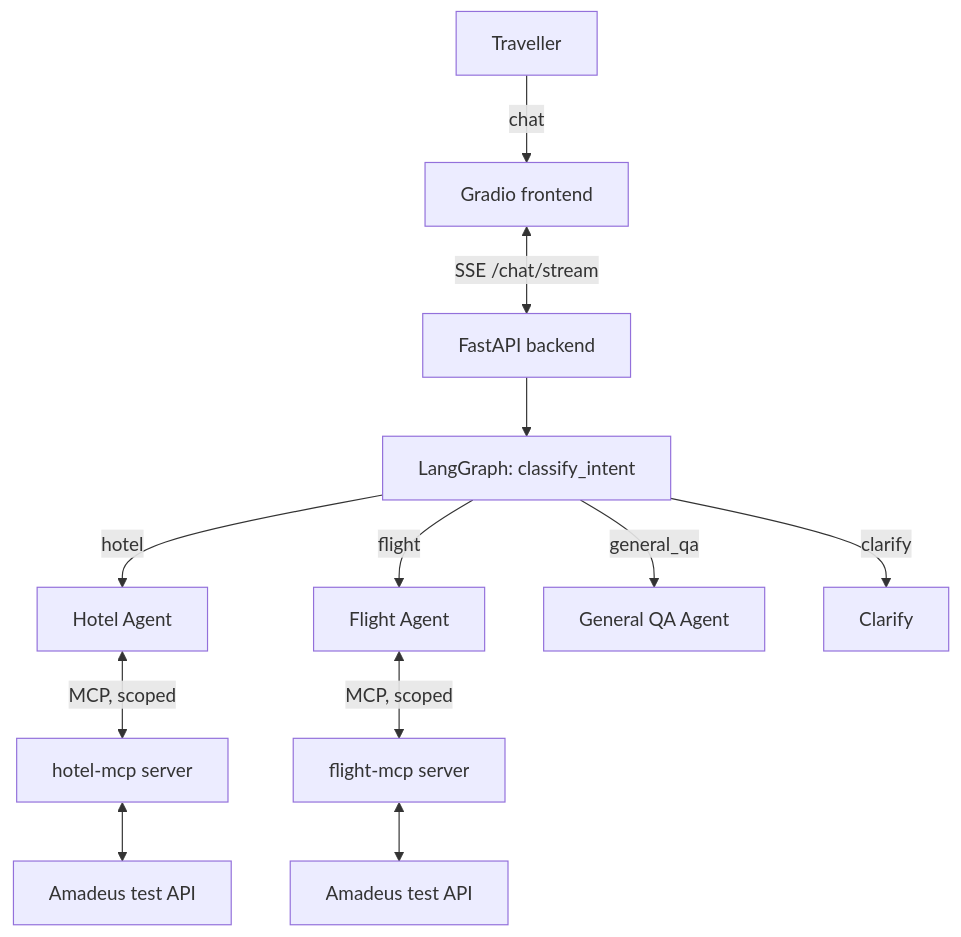
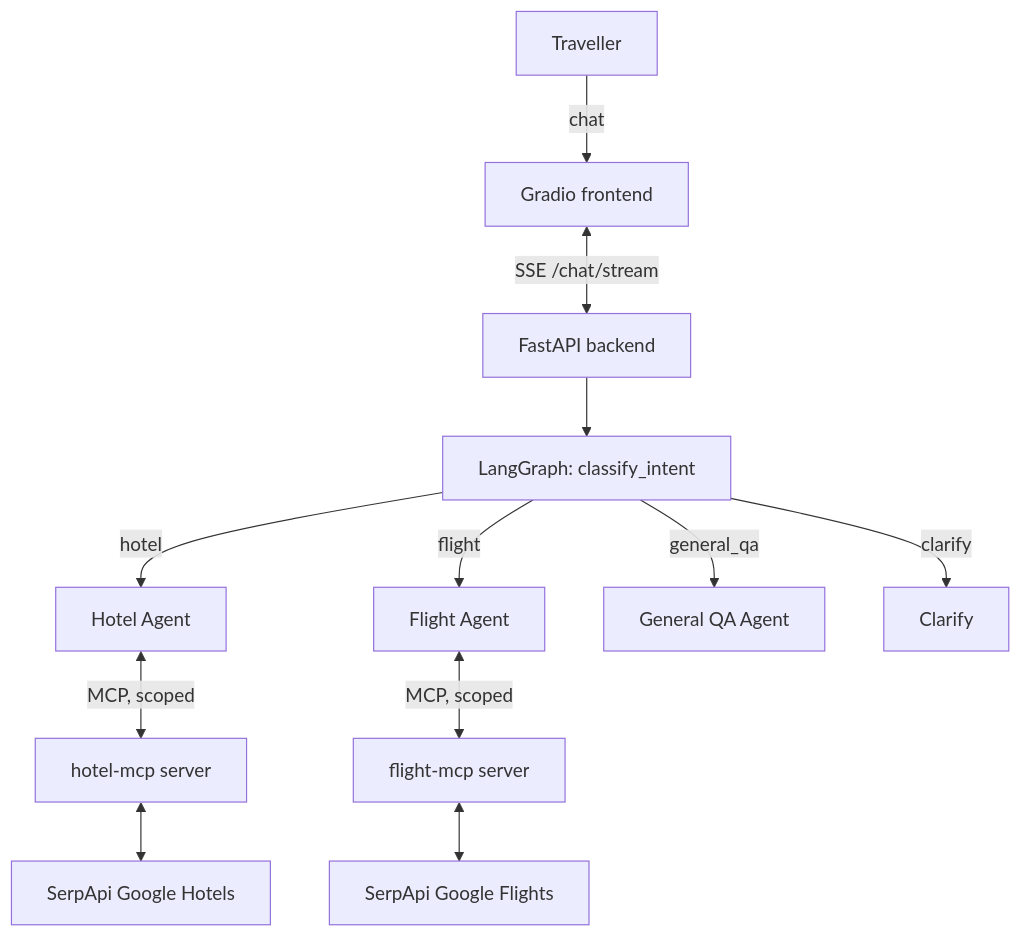
Before and after one commit to AmiruMallawarachchi/multi-agent-travel-planner: the diagram in README.md, drawn with Mermaid. The commit also changed other lines of this file and 4 other files, not shown here.

Commit message:
docs(mcp): document SerpApi travel search

````diff
--- a/README.md
+++ b/README.md
@@ -15,14 +15,14 @@
 ```mermaid
 flowchart TD
     U["Traveller"] -->|"chat"| FE["Gradio frontend"]
     FE <-->|"SSE /chat/stream"| BE["FastAPI backend"]
     BE --> G["LangGraph: classify_intent"]
     G -->|"hotel"| HA["Hotel Agent"]
     G -->|"flight"| FA["Flight Agent"]
     G -->|"general_qa"| QA["General QA Agent"]
     G -->|"clarify"| CL["Clarify"]
     HA <-->|"MCP, scoped"| HM["hotel-mcp server"]
     FA <-->|"MCP, scoped"| FM["flight-mcp server"]
-    HM <--> AM1["Amadeus test API"]
-    FM <--> AM2["Amadeus test API"]
+    HM <--> SP1["SerpApi Google Hotels"]
+    FM <--> SP2["SerpApi Google Flights"]
 ```
````
